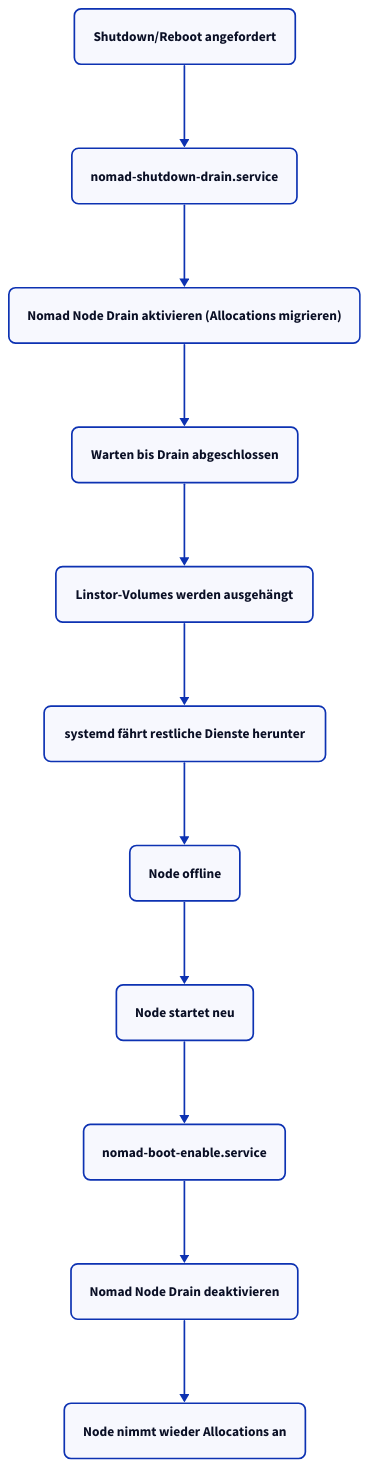
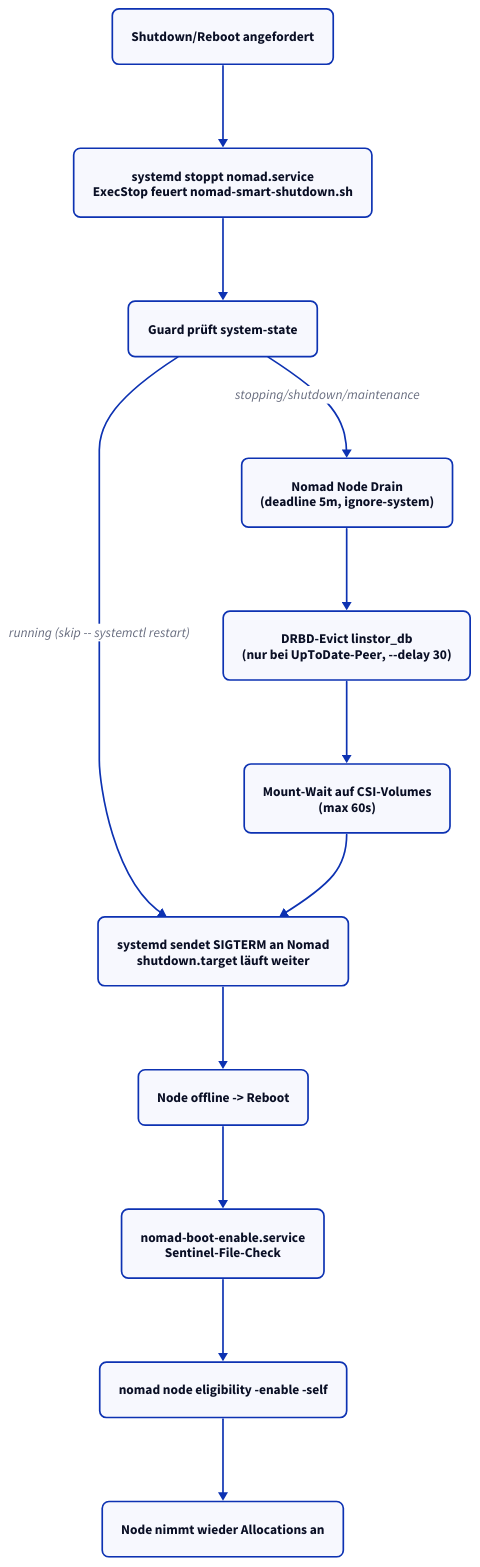
Before and after one commit to derever-labs/homelab-wiki: the diagram in docs/_querschnitt/smart-shutdown.md, drawn with D2. The commit also changed other lines of this file and 1 other file, not shown here.

Commit message:
docs(homelab): smart-shutdown und docker-registry auf v10.2

````diff
--- a/docs/_querschnitt/smart-shutdown.md
+++ b/docs/_querschnitt/smart-shutdown.md
@@ -21,17 +21,20 @@
 ```d2
 direction: down
 
 A: Shutdown/Reboot angefordert { style.border-radius: 8 }
-B: nomad-shutdown-drain.service { style.border-radius: 8 }
-C: Nomad Node Drain aktivieren (Allocations migrieren) { style.border-radius: 8 }
-D: Warten bis Drain abgeschlossen { style.border-radius: 8 }
-E: Linstor-Volumes werden ausgehängt { style.border-radius: 8 }
-F: systemd fährt restliche Dienste herunter { style.border-radius: 8 }
-G: Node offline { style.border-radius: 8 }
-H: Node startet neu { style.border-radius: 8 }
-I: nomad-boot-enable.service { style.border-radius: 8 }
-J: Nomad Node Drain deaktivieren { style.border-radius: 8 }
-K: Node nimmt wieder Allocations an { style.border-radius: 8 }
+B: "systemd stoppt nomad.service\nExecStop feuert nomad-smart-shutdown.sh" { style.border-radius: 8 }
+G: "Guard prüft system-state" { style.border-radius: 8 }
+C: "Nomad Node Drain\n(deadline 5m, ignore-system)" { style.border-radius: 8 }
+D: "DRBD-Evict linstor_db\n(nur bei UpToDate-Peer, --delay 30)" { style.border-radius: 8 }
+E: "Mount-Wait auf CSI-Volumes\n(max 60s)" { style.border-radius: 8 }
+F: "systemd sendet SIGTERM an Nomad\nshutdown.target läuft weiter" { style.border-radius: 8 }
+H: "Node offline -> Reboot" { style.border-radius: 8 }
+I: "nomad-boot-enable.service\nSentinel-File-Check" { style.border-radius: 8 }
+J: "nomad node eligibility -enable -self" { style.border-radius: 8 }
+K: "Node nimmt wieder Allocations an" { style.border-radius: 8 }
 
-A -> B -> C -> D -> E -> F -> G -> H -> I -> J -> K
+A -> B -> G
+G -> C: "stopping/shutdown/maintenance"
+G -> F: "running (skip -- systemctl restart)"
+C -> D -> E -> F -> H -> I -> J -> K
 ```
````
